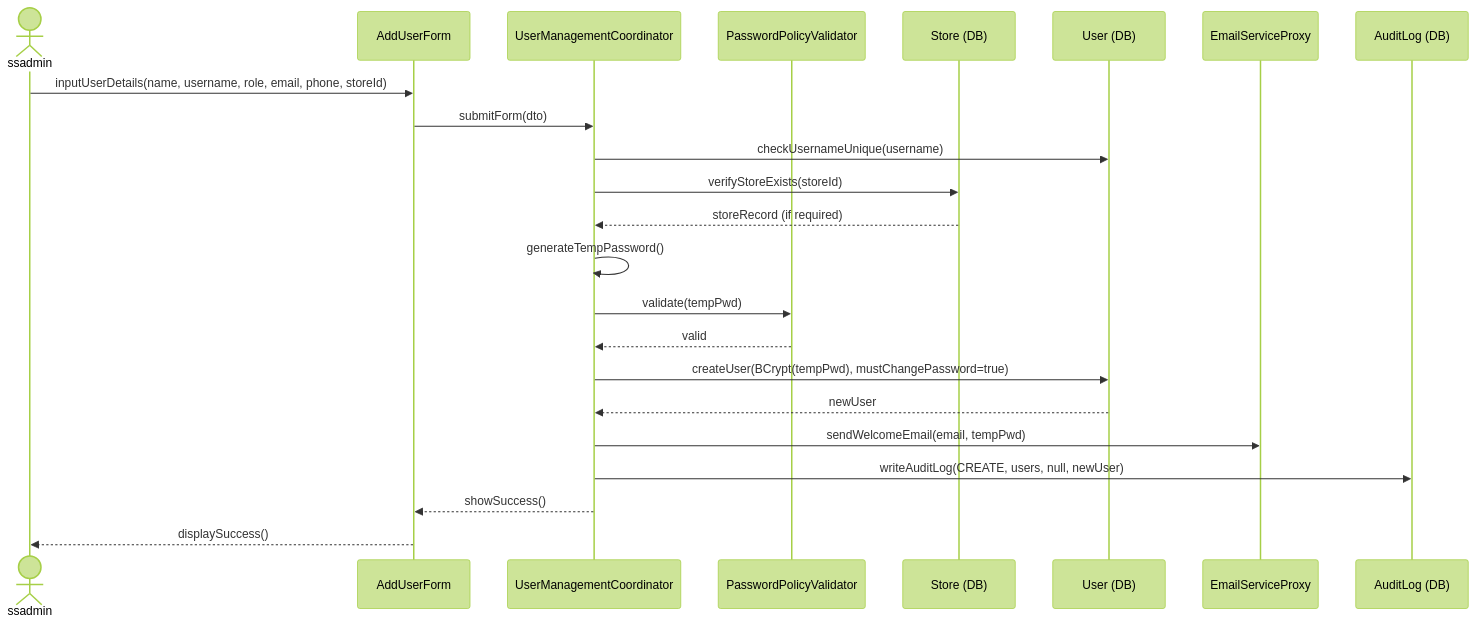
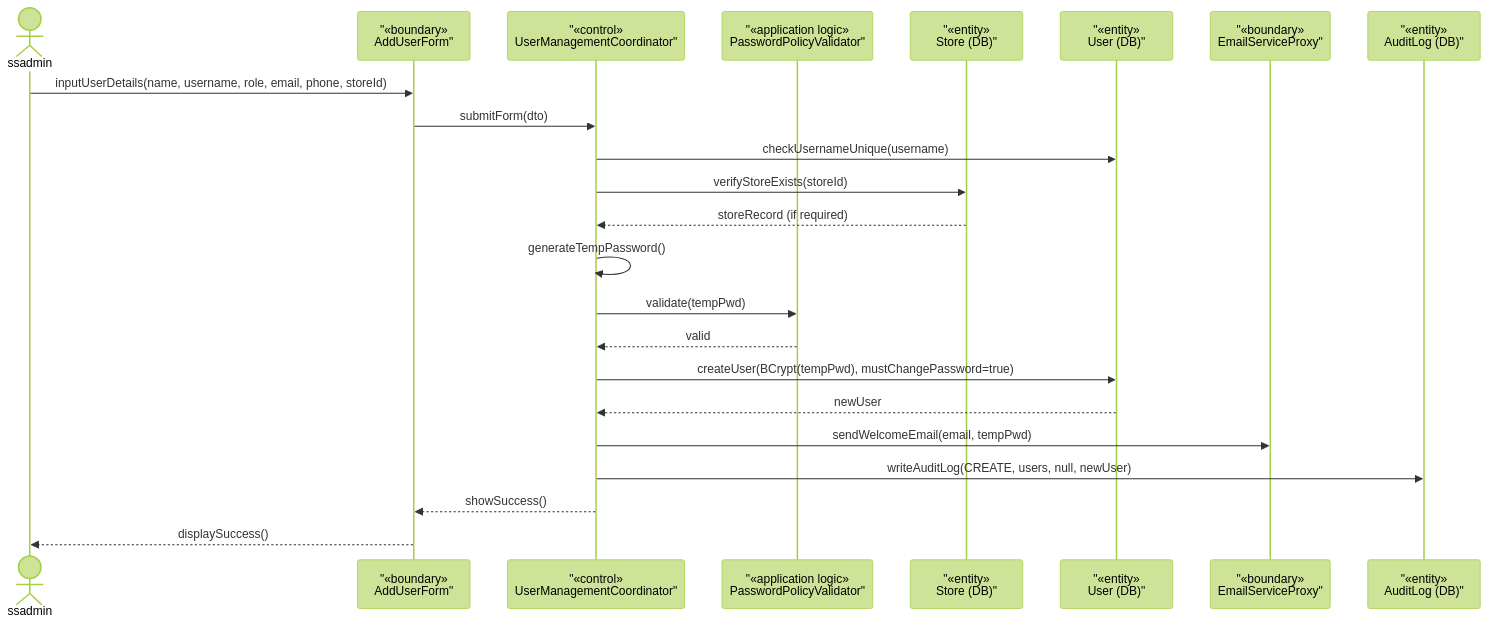
Before and after one commit to Shaichi/Khoga_coffe_shop: the second of 3 diagrams in rds_sections/05_detailed_3_2_user_management.md, drawn with Mermaid (forest theme). The commit also changed other lines of this file and 13 other files, not shown here.

Commit message:
docs(rds): Update User entity fields and change Decimal to BigDecimal

````diff
--- a/rds_sections/05_detailed_3_2_user_management.md
+++ b/rds_sections/05_detailed_3_2_user_management.md
@@ -101,26 +104,26 @@
 ```mermaid
 sequenceDiagram
     actor ssadmin
-    participant AddForm as AddUserForm
-    participant UserMgmtCoord as UserManagementCoordinator
-    participant Validator as PasswordPolicyValidator
-    participant StoreDB as Store (DB)
-    participant UserDB as User (DB)
-    participant EmailSvc as EmailServiceProxy
-    participant AuditDB as AuditLog (DB)
+    participant AddForm as "«boundary»<br/>AddUserForm"
+    participant UserMgmtCoord as "«control»<br/>UserManagementCoordinator"
+    participant Validator as "«application logic»<br/>PasswordPolicyValidator"
+    participant StoreDB as "«entity»<br/>Store (DB)"
+    participant UserDB as "«entity»<br/>User (DB)"
+    participant EmailSvc as "«boundary»<br/>EmailServiceProxy"
+    participant AuditDB as "«entity»<br/>AuditLog (DB)"
 
     ssadmin->>AddForm: inputUserDetails(name, username, role, email, phone, storeId)
     AddForm->>UserMgmtCoord: submitForm(dto)
     UserMgmtCoord->>UserDB: checkUsernameUnique(username)
     UserMgmtCoord->>StoreDB: verifyStoreExists(storeId)
     StoreDB-->>UserMgmtCoord: storeRecord (if required)
     UserMgmtCoord->>UserMgmtCoord: generateTempPassword()
     UserMgmtCoord->>Validator: validate(tempPwd)
     Validator-->>UserMgmtCoord: valid
     UserMgmtCoord->>UserDB: createUser(BCrypt(tempPwd), mustChangePassword=true)
     UserDB-->>UserMgmtCoord: newUser
     UserMgmtCoord->>EmailSvc: sendWelcomeEmail(email, tempPwd)
     UserMgmtCoord->>AuditDB: writeAuditLog(CREATE, users, null, newUser)
     UserMgmtCoord-->>AddForm: showSuccess()
     AddForm-->>ssadmin: displaySuccess()
 ```
````
